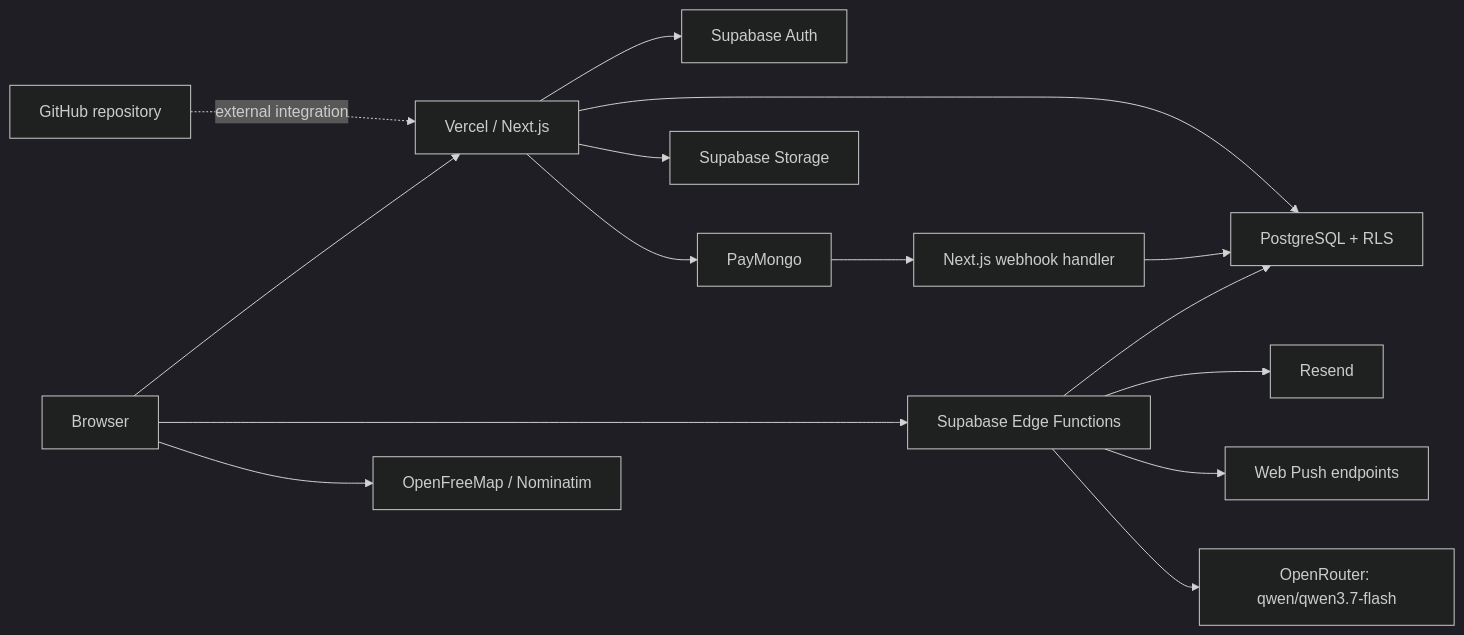
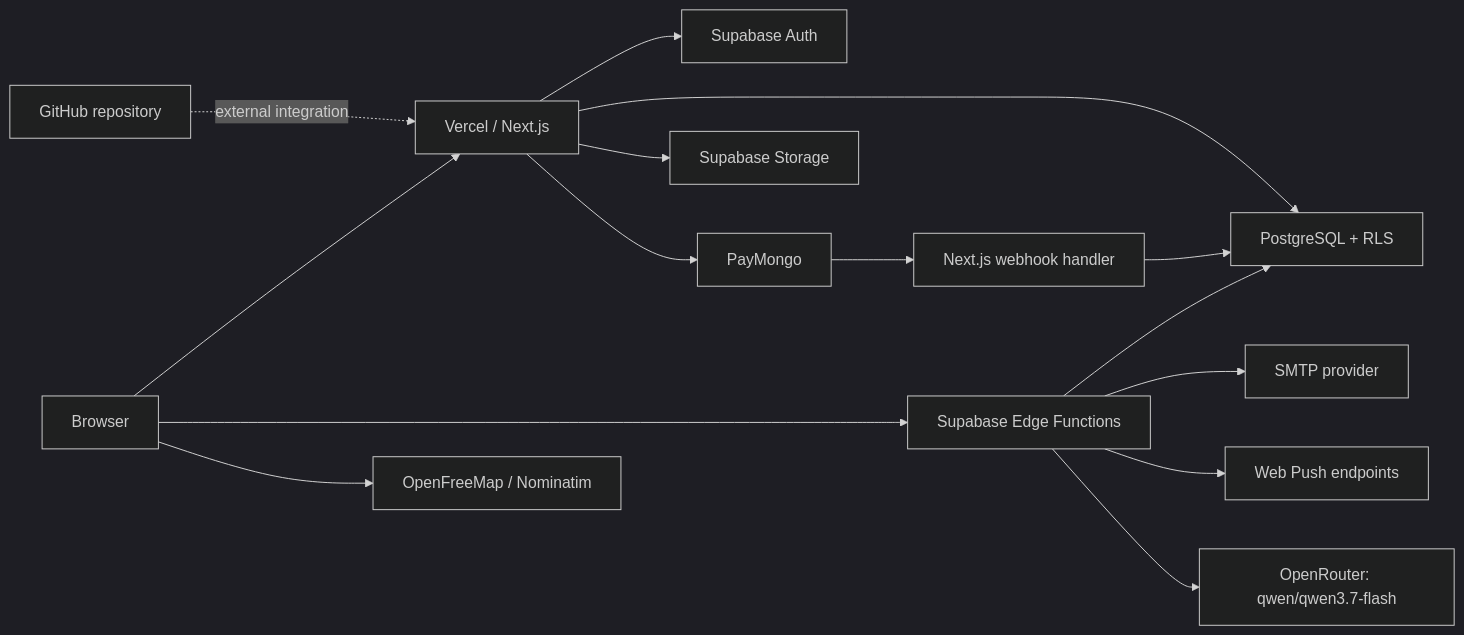
One commit to Jassim3nidad/venora changed the first of 10 diagrams in docs/architecture.md. Above: the diagram before and after it, drawn with Mermaid (dark theme). The commit also changed other lines of this file, not shown here.

Commit message:
docs: update architecture

````diff
--- a/docs/architecture.md
+++ b/docs/architecture.md
@@ -9,17 +9,17 @@
 ```mermaid
 flowchart LR
   Browser["Browser"] --> Vercel["Vercel / Next.js"]
   Vercel --> Auth["Supabase Auth"]
   Vercel --> DB["PostgreSQL + RLS"]
   Vercel --> Storage["Supabase Storage"]
   Vercel --> PayMongo["PayMongo"]
   PayMongo --> Webhook["Next.js webhook handler"]
   Webhook --> DB
   Browser --> Edge["Supabase Edge Functions"]
   Edge --> DB
-  Edge --> Resend["Resend"]
+  Edge --> SMTP["SMTP provider"]
   Edge --> Push["Web Push endpoints"]
   Edge --> AI["OpenRouter: qwen/qwen3.7-flash"]
   Browser --> Maps["OpenFreeMap / Nominatim"]
   GitHub["GitHub repository"] -. "external integration" .-> Vercel
 ```
````
